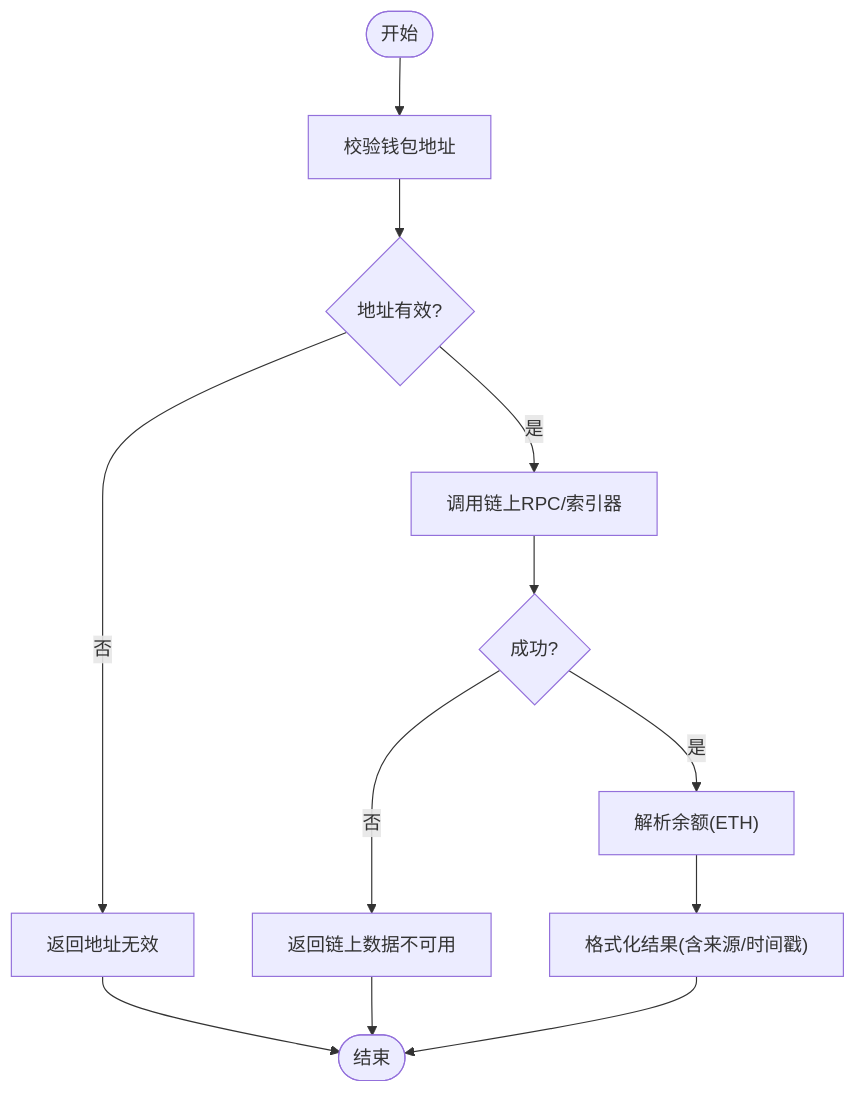
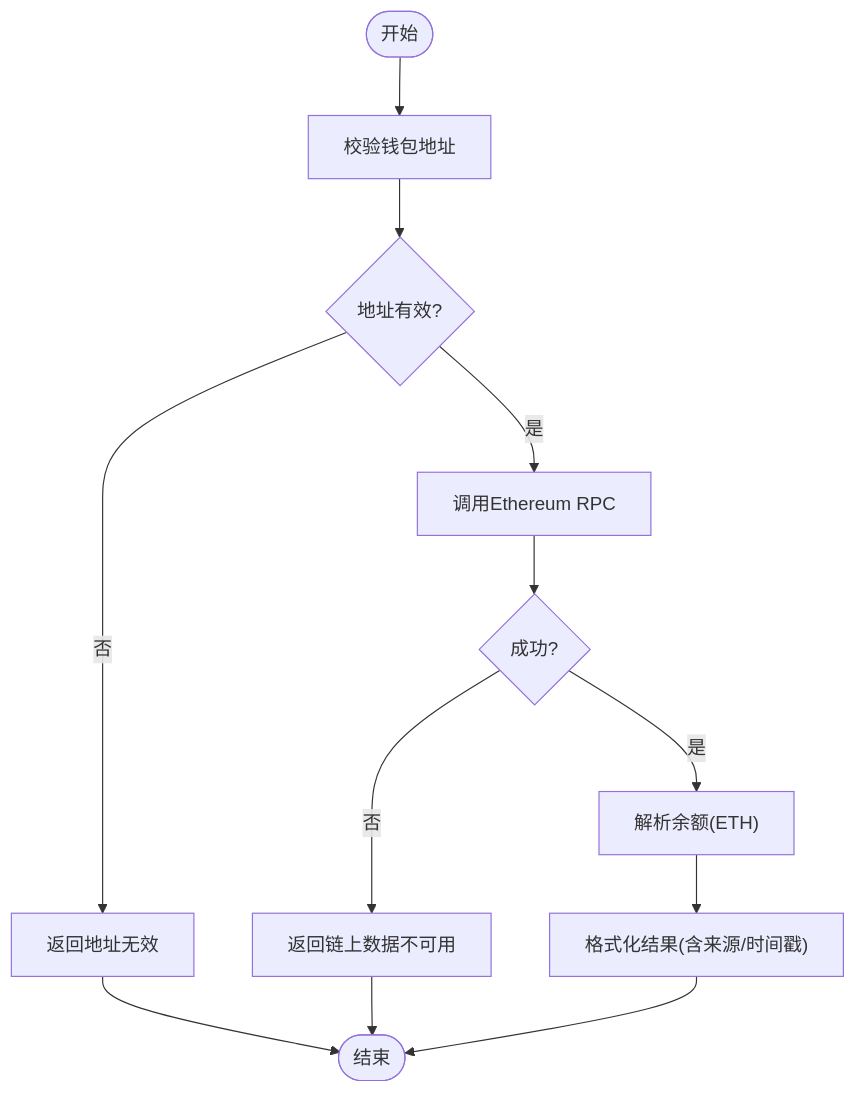
Before and after one commit to CryptoLinxu/Web3-AI-Agent: the fourth of 6 diagrams in .qoder/repowiki/zh/content/Web3工具集成/Web3工具集成.md, drawn with Mermaid. The commit also changed other lines of this file and 15 other files, not shown here.

````diff
--- a/.qoder/repowiki/zh/content/Web3工具集成/Web3工具集成.md
+++ b/.qoder/repowiki/zh/content/Web3工具集成/Web3工具集成.md
@@ -163,14 +177,14 @@
 ```mermaid
 flowchart TD
 Start(["开始"]) --> CheckAddr["校验钱包地址"]
 CheckAddr --> AddrOk{"地址有效?"}
 AddrOk --> |否| ErrAddr["返回地址无效"]
-AddrOk --> |是| CallRPC["调用链上RPC/索引器"]
+AddrOk --> |是| CallRPC["调用Ethereum RPC"]
 CallRPC --> RpcOk{"成功?"}
 RpcOk --> |否| ErrRpc["返回链上数据不可用"]
 RpcOk --> |是| Parse["解析余额(ETH)"]
 Parse --> Format["格式化结果(含来源/时间戳)"]
 Format --> Done(["结束"])
 ErrAddr --> Done
 ErrRpc --> Done
 ```
````
